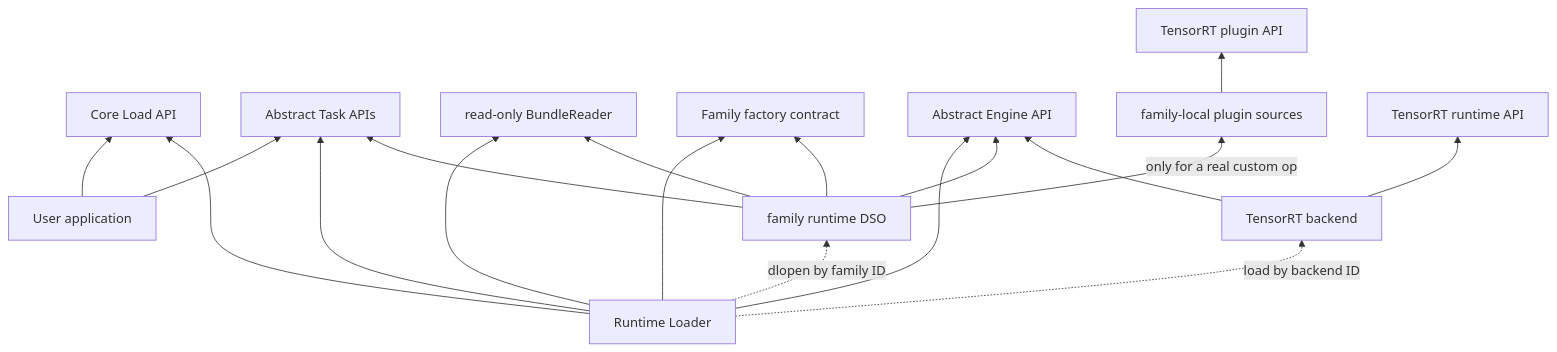
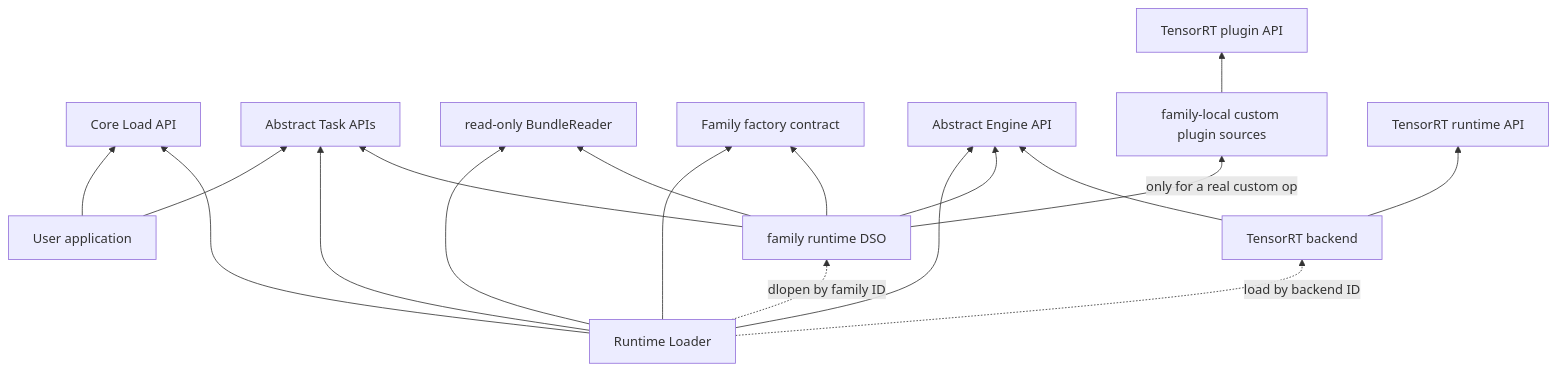
One commit to NVIDIA/TensorRT-Model-Connect changed the fourth of 6 diagrams in website/docs/architecture/ai-native-horizontal-scaling.md. Above: the diagram before and after it, drawn with Mermaid. The commit also changed 150 other files, not shown here.

Commit message:
docs(website): restore architecture-aware guides

````diff
--- a/website/docs/architecture/ai-native-horizontal-scaling.md
+++ b/website/docs/architecture/ai-native-horizontal-scaling.md
@@ -188,24 +188,24 @@
 ```mermaid
 flowchart BT
   UserApp["User application"] --> LoadAPI["Core Load API"]
   UserApp --> TaskAPI["Abstract Task APIs"]
 
   RuntimeLoader["Runtime Loader"] --> LoadAPI
   RuntimeLoader --> TaskAPI
   RuntimeLoader --> BundleReader["read-only BundleReader"]
   RuntimeLoader --> FactoryContract["Family factory contract"]
   RuntimeLoader --> EngineAPI["Abstract Engine API"]
 
   FamilySO["family runtime DSO"] --> FactoryContract
   FamilySO --> TaskAPI
   FamilySO --> BundleReader
   FamilySO --> EngineAPI
-  FamilySO -->|"only for a real custom op"| FamilyPlugin["family-local plugin sources"]
-  FamilyPlugin --> TRTPluginAPI["TensorRT plugin API"]
+  FamilySO -->|"only for a real custom op"| FamilyCustomOp["family-local custom plugin sources"]
+  FamilyCustomOp --> TRTPluginAPI["TensorRT plugin API"]
 
   TRTBackend["TensorRT backend"] --> EngineAPI
   TRTBackend --> TRTRuntimeAPI["TensorRT runtime API"]
 
   RuntimeLoader -.->|"dlopen by family ID"| FamilySO
   RuntimeLoader -.->|"load by backend ID"| TRTBackend
 ```
````
